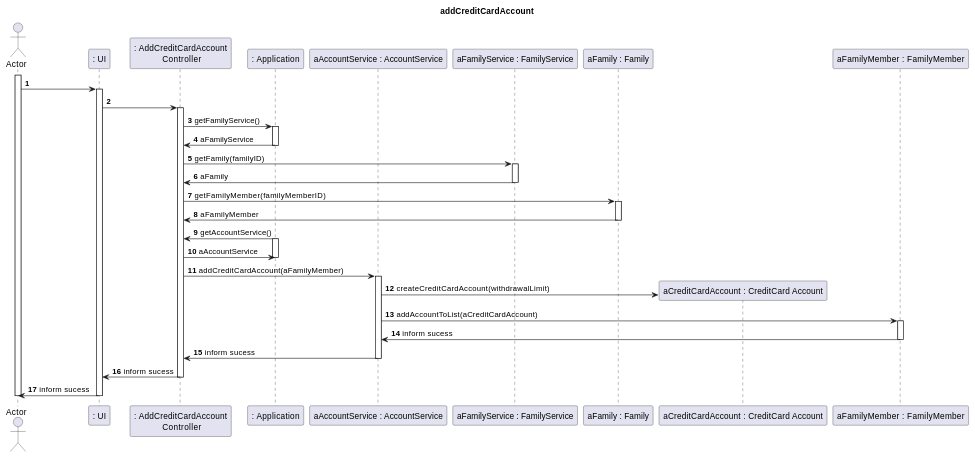
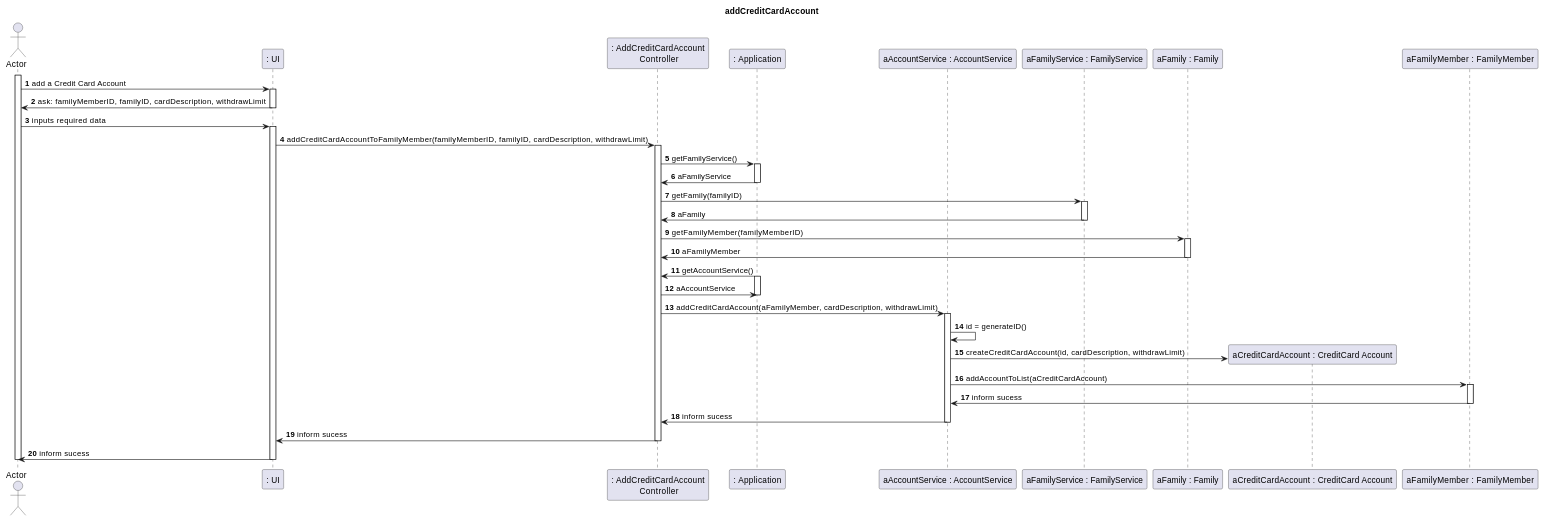
Before and after one commit to tomas-osswald/switch_2020_g3: the third of 4 diagrams in docs/sprint2/user_stories/US173_AddCreditCardAccount.md, drawn with PlantUML. The commit also changed other lines of this file, not shown here.

Commit message:
added design to us173 docs

````diff
--- a/docs/sprint2/user_stories/US173_AddCreditCardAccount.md
+++ b/docs/sprint2/user_stories/US173_AddCreditCardAccount.md
@@ -105,58 +112,65 @@
 ``` puml
 autonumber 1
 title addCreditCardAccount
 actor "Actor" as actor
 participant ": UI" as UI
 participant ": AddCreditCardAccount\n Controller" as controller
 participant ": Application" as app
 participant "aAccountService : AccountService" as aserv
 participant "aFamilyService : FamilyService" as fserv
 participant "aFamily : Family" as family
 participant "aCreditCardAccount : CreditCard Account" as credit
 participant "aFamilyMember : FamilyMember" as familyMember
 
 activate actor
-actor -> UI
+actor -> UI : add a Credit Card Account
 activate UI
-UI -> controller
+UI -> actor : ask: familyMemberID, familyID, cardDescription, withdrawLimit
+deactivate UI
+actor -> UI : inputs required data
+activate UI
+UI -> controller : addCreditCardAccountToFamilyMember(familyMemberID, familyID, cardDescription, withdrawLimit)
 
 activate controller
 controller -> app : getFamilyService()
 activate app
 app -> controller : aFamilyService
 deactivate app
 
 controller -> fserv : getFamily(familyID)
 activate fserv
 fserv -> controller : aFamily
 deactivate fserv
 
 controller -> family : getFamilyMember(familyMemberID)
 activate family
 family -> controller : aFamilyMember
 deactivate family
 
 app -> controller : getAccountService()
 activate app
 controller -> app : aAccountService
 deactivate app
 
-controller -> aserv : addCreditCardAccount(aFamilyMember)
+
+controller -> aserv : addCreditCardAccount(aFamilyMember, cardDescription, withdrawLimit)
 activate aserv
 
-aserv -> credit** : createCreditCardAccount(withdrawalLimit)
+aserv -> aserv : id = generateID()
+
+aserv -> credit** : createCreditCardAccount(id, cardDescription, withdrawLimit)
 
 aserv -> familyMember : addAccountToList(aCreditCardAccount)
 activate familyMember 
 familyMember -> aserv : inform sucess
 deactivate familyMember
 aserv -> controller : inform sucess
 deactivate aserv
 
 controller -> UI : inform sucess
 deactivate controller
 
 UI -> actor : inform sucess
 deactivate UI
 deactivate actor
 ```
````
